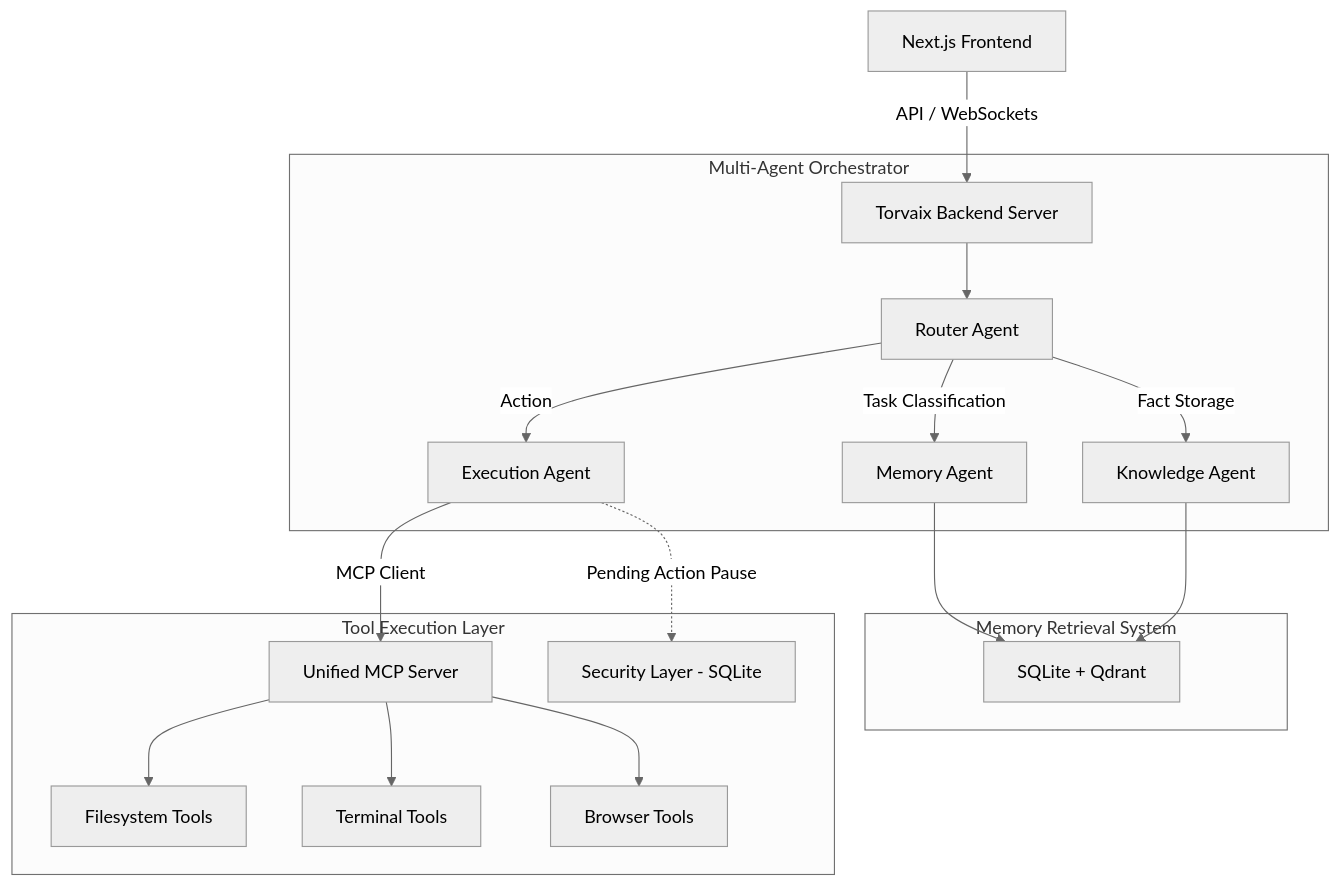
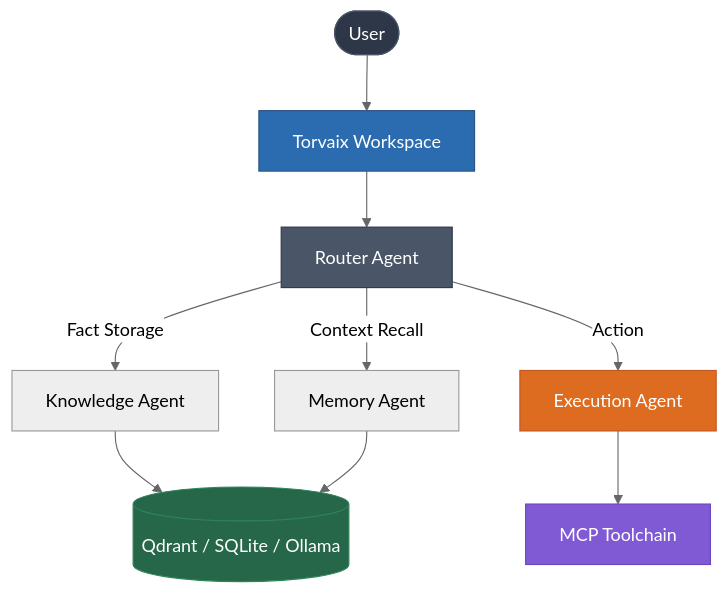
Before and after one commit to Yashasm18/Torvaix: the diagram in README.md, drawn with Mermaid (neutral theme). The commit also changed other lines of this file and 32 other files, not shown here.

````diff
--- a/README.md
+++ b/README.md
@@ -56,24 +54,21 @@
 ```mermaid
 graph TD
-    UI[Next.js Frontend] -->|API / WebSockets| Server[Torvaix Backend Server]
+    User([User]) --> Workspace[Torvaix Workspace]
+    Workspace --> Router[Router Agent]
     
-    subgraph Multi-Agent Orchestrator
-        Server --> Router[Router Agent]
-        Router --> |Task Classification| MemoryA[Memory Agent]
-        Router --> |Fact Storage| KnowledgeA[Knowledge Agent]
-        Router --> |Action| ExecA[Execution Agent]
-    end
-
-    subgraph Memory Retrieval System
-        MemoryA --> DB[SQLite + Qdrant]
-        KnowledgeA --> DB
-    end
-
-    subgraph Tool Execution Layer
-        ExecA --> |MCP Client| MCPServer[Unified MCP Server]
-        ExecA -.-> |Pending Action Pause| Security[Security Layer - SQLite]
-        MCPServer --> FS[Filesystem Tools]
-        MCPServer --> Term[Terminal Tools]
-        MCPServer --> Browser[Browser Tools]
-    end
+    Router -->|Fact Storage| Knowledge[Knowledge Agent]
+    Router -->|Context Recall| Memory[Memory Agent]
+    Router -->|Action| Exec[Execution Agent]
+    
+    Exec --> MCP[MCP Toolchain]
+    
+    Knowledge --> Storage[(Qdrant / SQLite / Ollama)]
+    Memory --> Storage
+    
+    style User fill:#2D3748,stroke:#4A5568,color:#fff
+    style Workspace fill:#2B6CB0,stroke:#2C5282,color:#fff
+    style Router fill:#4A5568,stroke:#2D3748,color:#fff
+    style Storage fill:#276749,stroke:#2F855A,color:#fff
+    style Exec fill:#DD6B20,stroke:#C05621,color:#fff
+    style MCP fill:#805AD5,stroke:#6B46C1,color:#fff
 ```
````
